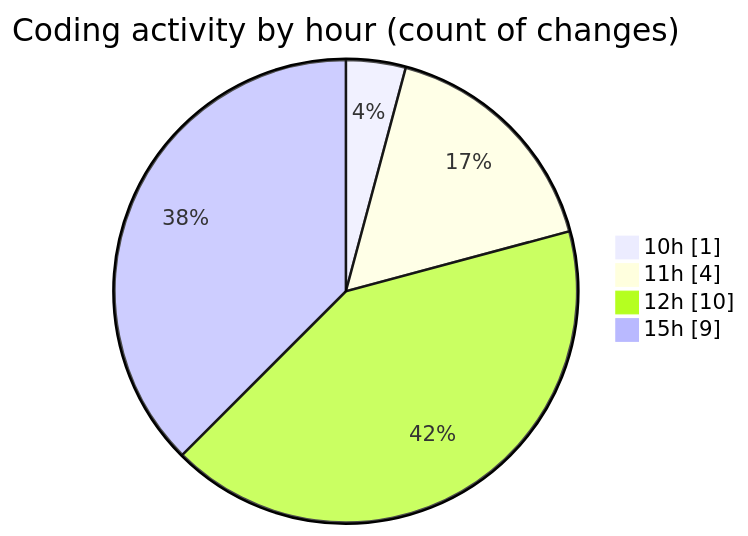
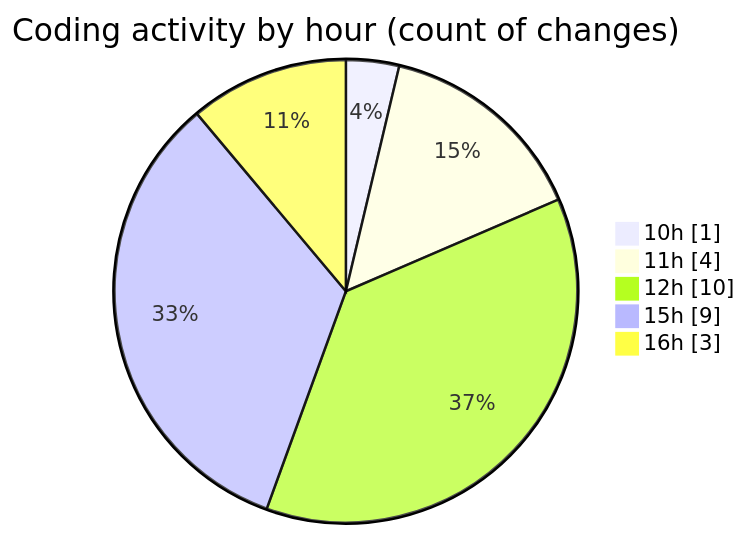
The second of 2 diagrams in 2025-10-08/untitled__workspace_/README.md (debugP/code-tracking), drawn with Mermaid before and after one commit. The commit also changed other lines of this file and 1 other file, not shown here.

````diff
--- a/2025-10-08/untitled__workspace_/README.md
+++ b/2025-10-08/untitled__workspace_/README.md
@@ -31,8 +32,9 @@
 ```mermaid
 pie showData
 title Coding activity by hour (count of changes)
 "10h" : 1
 "11h" : 4
 "12h" : 10
 "15h" : 9
+"16h" : 3
 ```
````
